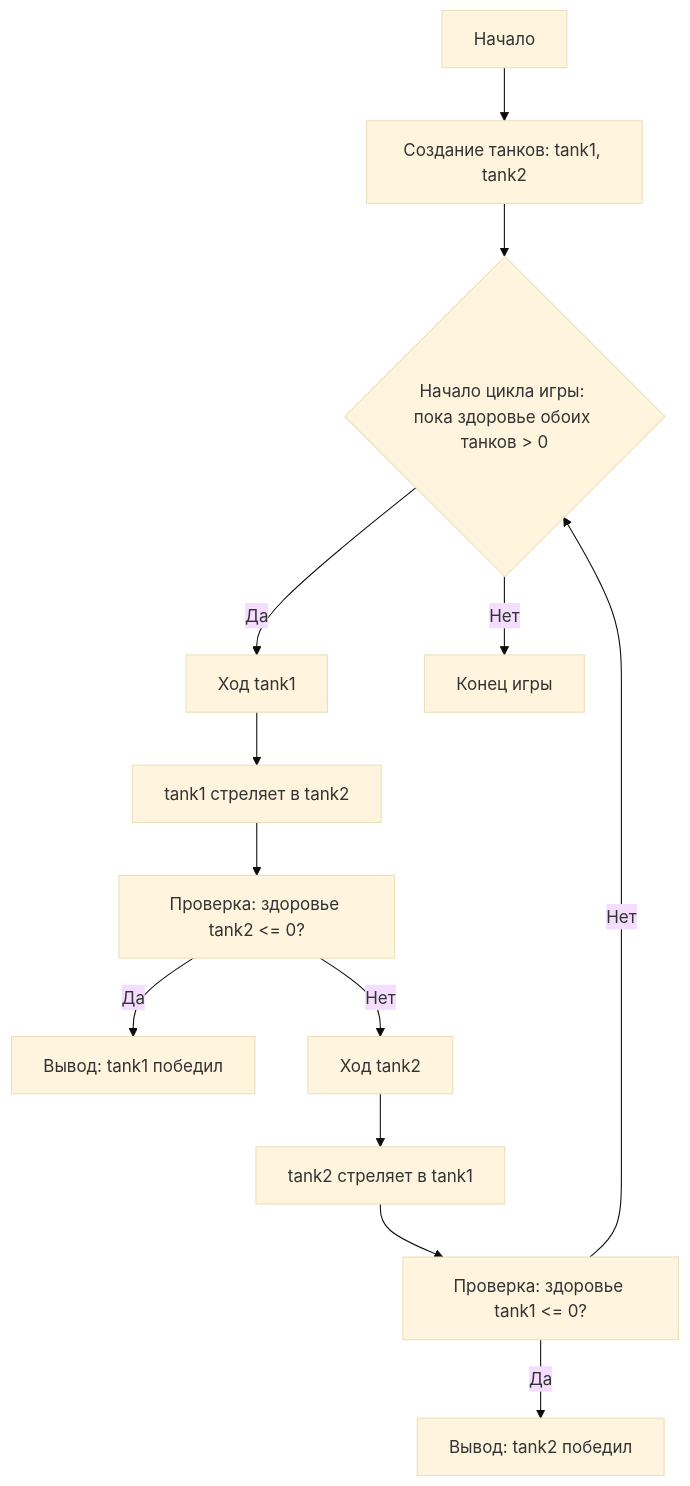
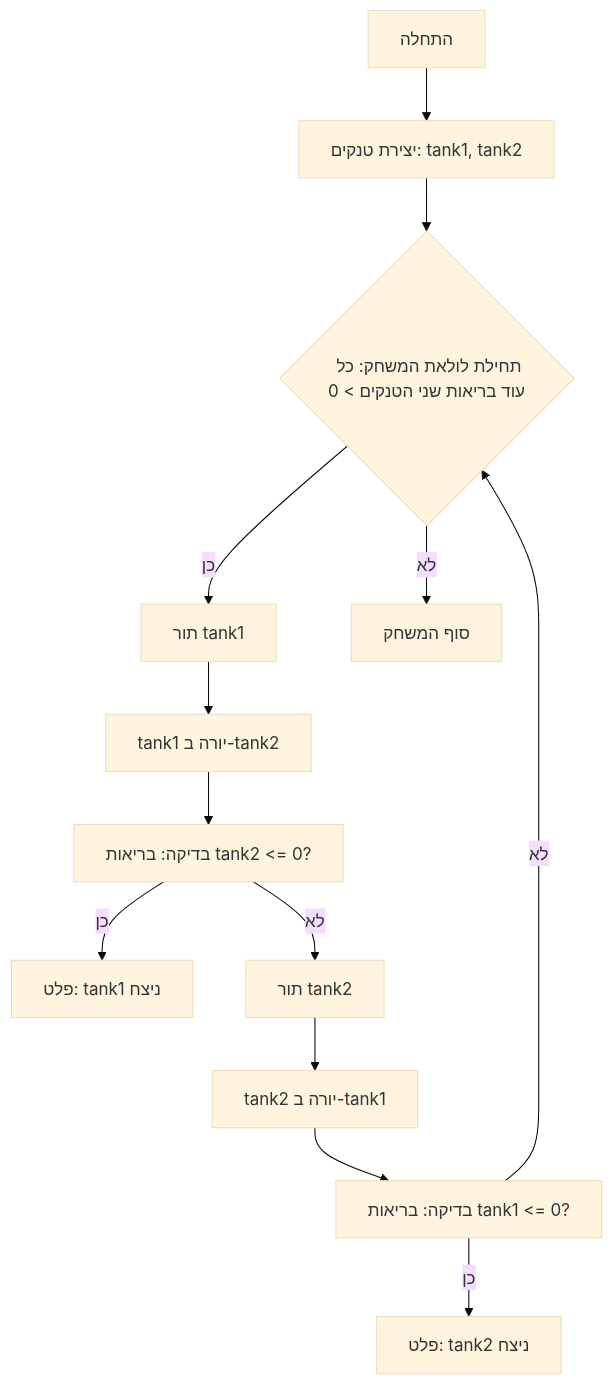
Before and after one commit to hypo69/1001-python-he: the diagram in code/UNSORTED/TANKS/conslole_version/README.MD, drawn with Mermaid (base theme). The commit also changed other lines of this file and 869 other files, not shown here.

````diff
--- a/code/UNSORTED/TANKS/conslole_version/README.MD
+++ b/code/UNSORTED/TANKS/conslole_version/README.MD
@@ -27,16 +27,16 @@
 ```mermaid
 flowchart TD
-    Start["Начало"] --> CreateTanks["Создание танков: tank1, tank2"]
-    CreateTanks --> GameLoopStart{"Начало цикла игры: пока здоровье обоих танков > 0"}
-    GameLoopStart -- Да --> Tank1Turn["Ход tank1"]
-    Tank1Turn --> Tank1Shot["tank1 стреляет в tank2"]
-    Tank1Shot --> CheckTank2Health["Проверка: здоровье tank2 <= 0?"]
-    CheckTank2Health -- Да --> OutputTank1Win["Вывод: tank1 победил"]
-     CheckTank2Health -- Нет -->  Tank2Turn["Ход tank2"]
-    Tank2Turn --> Tank2Shot["tank2 стреляет в tank1"]
-    Tank2Shot --> CheckTank1Health["Проверка: здоровье tank1 <= 0?"]
-    CheckTank1Health -- Да --> OutputTank2Win["Вывод: tank2 победил"]
-    CheckTank1Health -- Нет --> GameLoopStart
-    GameLoopStart -- Нет --> End["Конец игры"]
+    Start["התחלה"] --> CreateTanks["יצירת טנקים: tank1, tank2"]
+    CreateTanks --> GameLoopStart{"תחילת לולאת המשחק: כל עוד בריאות שני הטנקים > 0"}
+    GameLoopStart -- כן --> Tank1Turn["תור tank1"]
+    Tank1Turn --> Tank1Shot["tank1 יורה ב-tank2"]
+    Tank1Shot --> CheckTank2Health["בדיקה: בריאות tank2 <= 0?"]
+    CheckTank2Health -- כן --> OutputTank1Win["פלט: tank1 ניצח"]
+     CheckTank2Health -- לא -->  Tank2Turn["תור tank2"]
+    Tank2Turn --> Tank2Shot["tank2 יורה ב-tank1"]
+    Tank2Shot --> CheckTank1Health["בדיקה: בריאות tank1 <= 0?"]
+    CheckTank1Health -- כן --> OutputTank2Win["פלט: tank2 ניצח"]
+    CheckTank1Health -- לא --> GameLoopStart
+    GameLoopStart -- לא --> End["סוף המשחק"]
 
 ```
````
